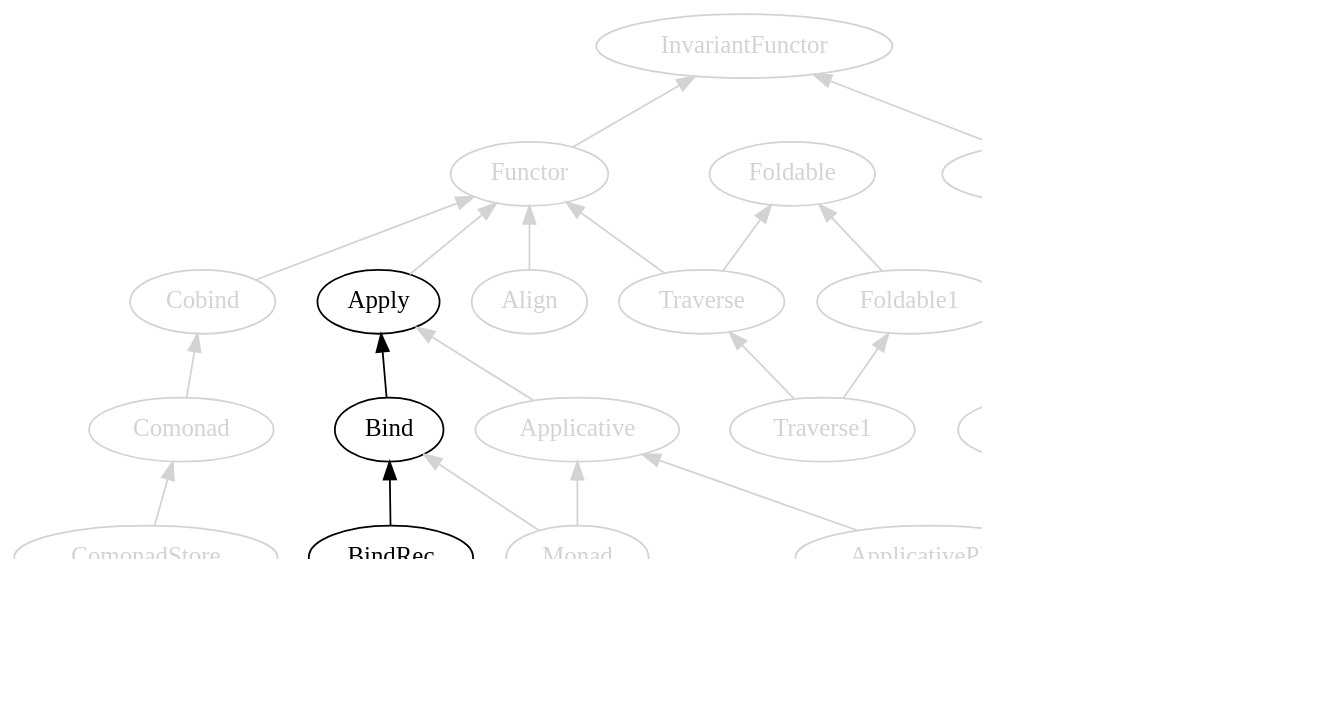
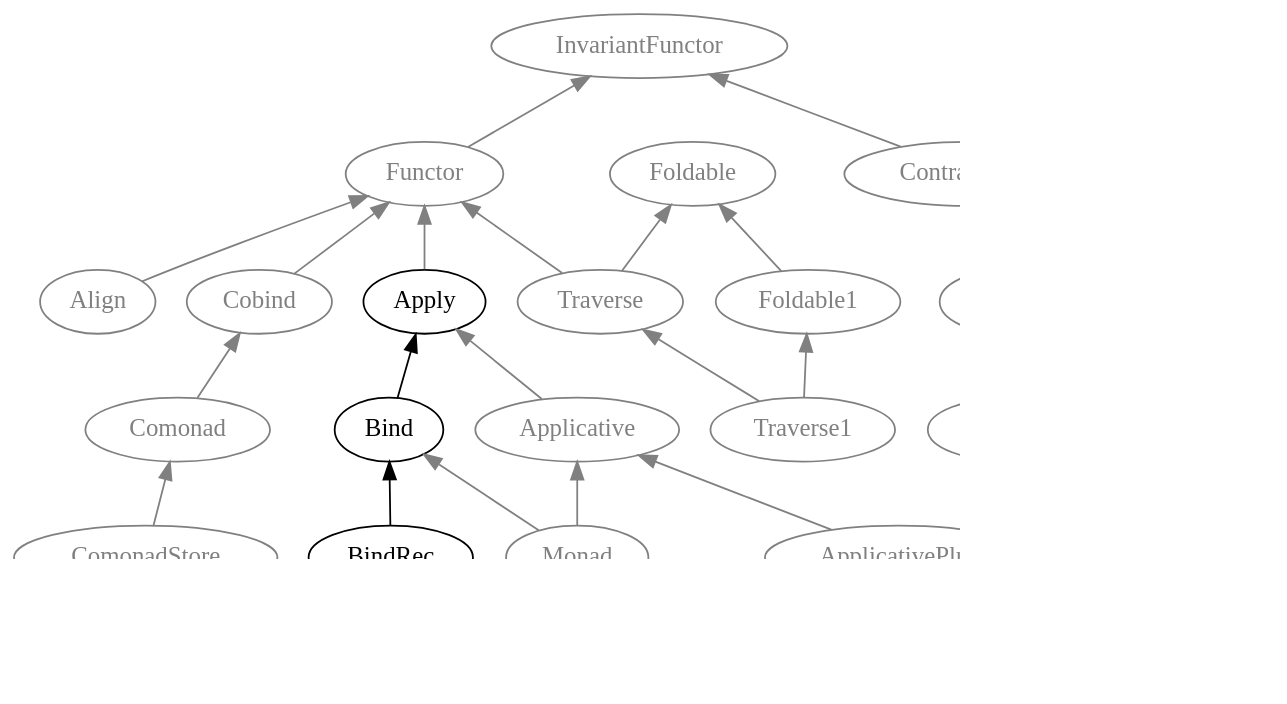
The ninth of 10 diagrams in manuscript/book.org (fommil/fpmortals), drawn with Graphviz before and after one commit. The commit also changed other lines of this file and 7 other files, not shown here.

Commit message:
improve the diagrams

```diff
--- a/manuscript/book.org
+++ b/manuscript/book.org
@@ -4303,50 +4321,55 @@
 #+BEGIN_SRC dot :file images/scalaz-apply.png :exports results
 digraph G {
     graph [dpi=100, rankdir=BT];
     node [fontname=Hack];
 
-    subgraph mappable {
-      Bind -> Apply;
-      BindRec -> Bind;
-    }
+    subgraph {
+      node [fontcolor=grey,color=grey];
+      edge [color=grey];
 
-    subgraph {
-      node [fontcolor=lightgrey,color=lightgrey];
-      edge [color=lightgrey];
+      Bind [fontcolor=black,color=black];
+      Apply [fontcolor=black,color=black];
+      BindRec [fontcolor=black,color=black];
 
       Contravariant -> InvariantFunctor;
       Functor -> InvariantFunctor;
 
       Divide -> Contravariant;
       Divisible -> Divide;
       Apply -> Functor;
       Applicative -> Apply;
 
       Foldable1 -> Foldable;
       Traverse -> Functor;
       Traverse -> Foldable;
       Traverse1 -> Traverse;
       Traverse1 -> Foldable1;
 
-      Align -> Functor;
-      Monad;
+      Monad -> Applicative;
 
       "Advanced Monads" [style=dashed];
       "Advanced Monads" -> Monad;
 
-      Monad -> Applicative;
       Monad -> Bind;
 
       Cobind -> Functor;
       Comonad -> Cobind;
 
       PlusEmpty -> Plus;
       IsEmpty -> PlusEmpty;
 
       ApplicativePlus -> Applicative;
       ApplicativePlus -> PlusEmpty;
 
       ComonadStore -> Comonad;
+
+      Align -> Functor;
     }
+
+    subgraph mappable {
+      Bind -> Apply;
+      BindRec -> Bind;
+    }
+
 }
 #+END_SRC
```
